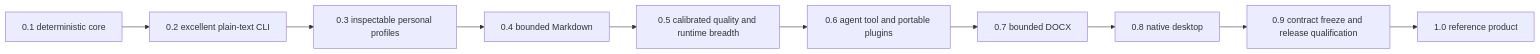
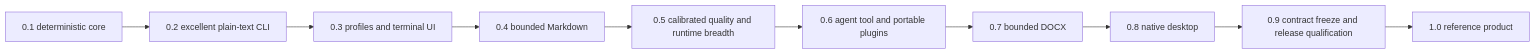
The diagram in docs/roadmap.md (blisspixel/retonr), drawn with Mermaid before and after one commit. The commit also changed other lines of this file and 142 other files, not shown here.

````diff
--- a/docs/roadmap.md
+++ b/docs/roadmap.md
@@ -25,12 +25,12 @@
 ```mermaid
 flowchart LR
     V01["0.1 deterministic core"] --> V02["0.2 excellent plain-text CLI"]
-    V02 --> V03["0.3 inspectable personal profiles"]
+    V02 --> V03["0.3 profiles and terminal UI"]
     V03 --> V04["0.4 bounded Markdown"]
     V04 --> V05["0.5 calibrated quality and runtime breadth"]
     V05 --> V06["0.6 agent tool and portable plugins"]
     V06 --> V07["0.7 bounded DOCX"]
     V07 --> V08["0.8 native desktop"]
     V08 --> V09["0.9 contract freeze and release qualification"]
     V09 --> V10["1.0 reference product"]
 ```
````
